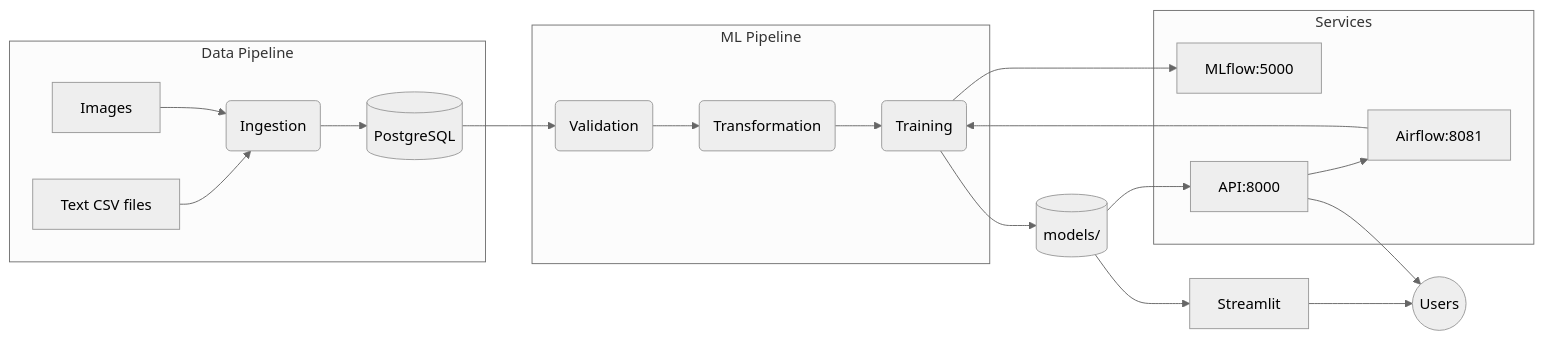
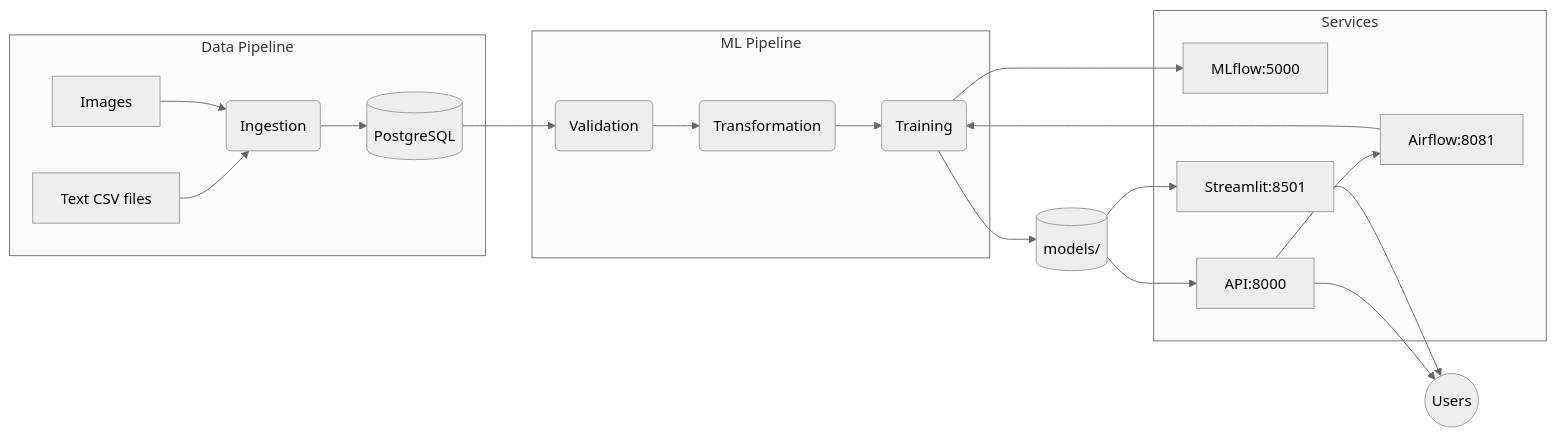
The diagram in README.md (DataScientest-Studio/jun25_bmle_mlops_rakuten2), drawn with Mermaid (neutral theme) before and after one commit. The commit also changed other lines of this file, not shown here.

Commit message:
MAJ du README.md avec le streamlit

````diff
--- a/README.md
+++ b/README.md
@@ -157,27 +158,28 @@
 ```mermaid
 flowchart LR
     subgraph Data Pipeline
         CSV[Text CSV files] --> DI
         DI(Ingestion) --> PG[(PostgreSQL)]
         Images[Images] --> DI
     end
 
     subgraph ML Pipeline
         PG --> DV(Validation) --> DT(Transformation) --> MT(Training)
     end
 
     subgraph Services
         MLflow[MLflow:5000]
         API[API:8000]
         Airflow[Airflow:8081]
+        Streamlit[Streamlit:8501]
     end
 
     MT --> MLflow
     MT --> Artifacts[(models/)]
     Artifacts --> API
     Artifacts --> Streamlit
     API --> Airflow
     Airflow --> MT
     API --> Users((Users))
     Streamlit --> Users
 ```
````
